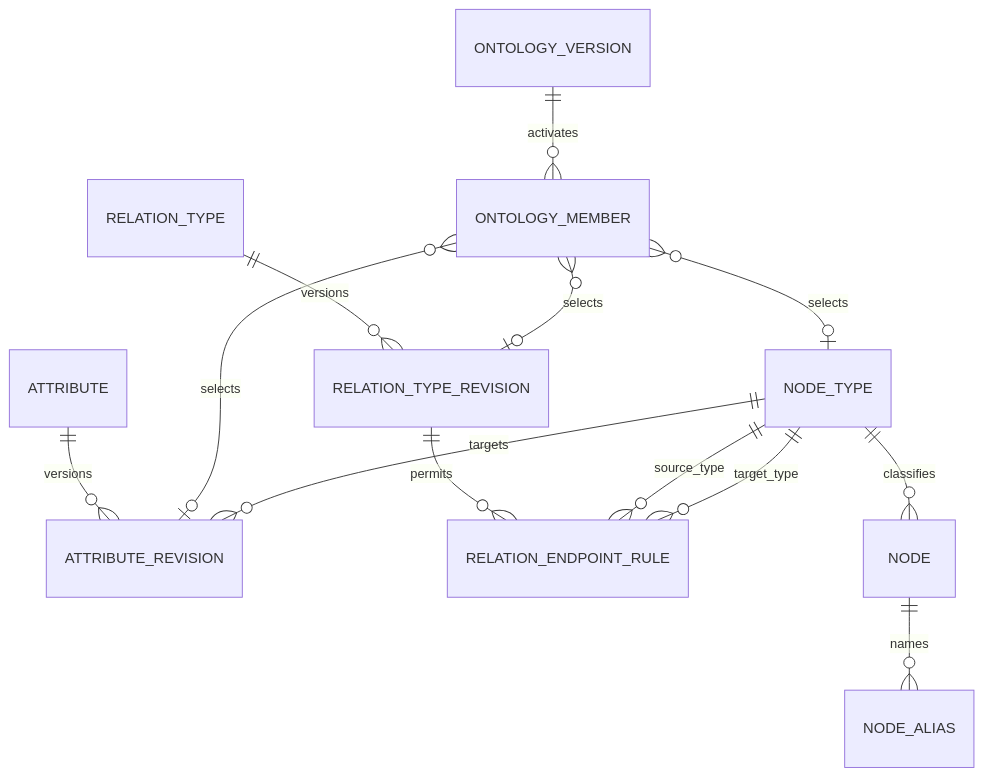
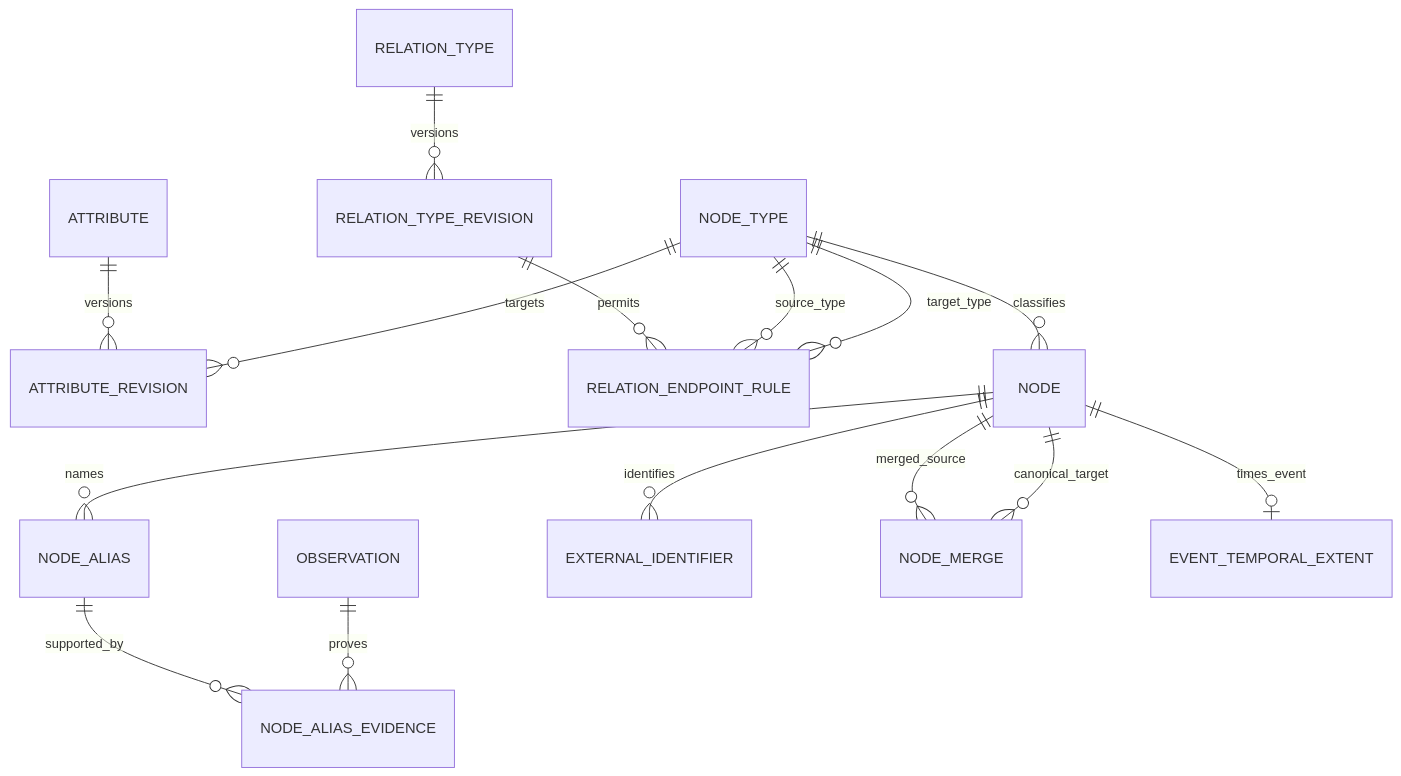
One commit to studylida/ontology-map changed the third of 5 diagrams in logical-data-schema.md. Above: the diagram before and after it, drawn with Mermaid. The commit also changed other lines of this file, not shown here.

````diff
--- a/logical-data-schema.md
+++ b/logical-data-schema.md
@@ -146,15 +69,17 @@
 ```mermaid
 erDiagram
-    ONTOLOGY_VERSION ||--o{ ONTOLOGY_MEMBER : activates
     RELATION_TYPE ||--o{ RELATION_TYPE_REVISION : versions
     ATTRIBUTE ||--o{ ATTRIBUTE_REVISION : versions
-    ONTOLOGY_MEMBER }o--o| NODE_TYPE : selects
-    ONTOLOGY_MEMBER }o--o| RELATION_TYPE_REVISION : selects
-    ONTOLOGY_MEMBER }o--o| ATTRIBUTE_REVISION : selects
     RELATION_TYPE_REVISION ||--o{ RELATION_ENDPOINT_RULE : permits
     NODE_TYPE ||--o{ RELATION_ENDPOINT_RULE : source_type
     NODE_TYPE ||--o{ RELATION_ENDPOINT_RULE : target_type
     NODE_TYPE ||--o{ ATTRIBUTE_REVISION : targets
     NODE_TYPE ||--o{ NODE : classifies
     NODE ||--o{ NODE_ALIAS : names
+    NODE_ALIAS ||--o{ NODE_ALIAS_EVIDENCE : supported_by
+    OBSERVATION ||--o{ NODE_ALIAS_EVIDENCE : proves
+    NODE ||--o{ EXTERNAL_IDENTIFIER : identifies
+    NODE ||--o{ NODE_MERGE : merged_source
+    NODE ||--o{ NODE_MERGE : canonical_target
+    NODE ||--o| EVENT_TEMPORAL_EXTENT : times_event
 ```
````
